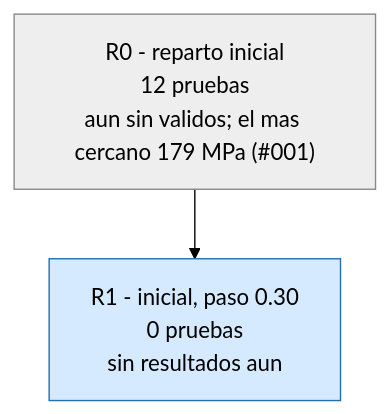
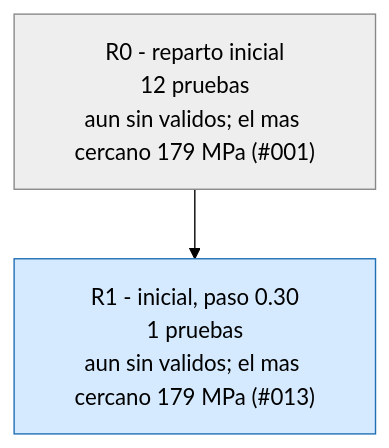
The second of 3 diagrams in runs/opt_37800N/ARBOL.md (Hugiko/msd-soporte-optimizacion), drawn with Mermaid (forest theme) before and after one commit. The commit also changed 17 other files, not shown here.

````diff
--- a/runs/opt_37800N/ARBOL.md
+++ b/runs/opt_37800N/ARBOL.md
@@ -21,9 +21,9 @@
 ```mermaid
 graph TD
 classDef activa fill:#d6eaff,stroke:#1f6fb5,color:#000
 classDef fin fill:#eeeeee,stroke:#888,color:#000
 classDef mejor fill:#c8f0c0,stroke:#1a9850,stroke-width:4px,color:#000
 R0["R0 - reparto inicial<br/>12 pruebas<br/>aun sin validos; el mas cercano 179 MPa (#001)"]:::fin
-R1["R1 - inicial, paso 0.30<br/>0 pruebas<br/>sin resultados aun"]:::activa
+R1["R1 - inicial, paso 0.30<br/>1 pruebas<br/>aun sin validos; el mas cercano 179 MPa (#013)"]:::activa
 R0 --> R1
 ```
````
